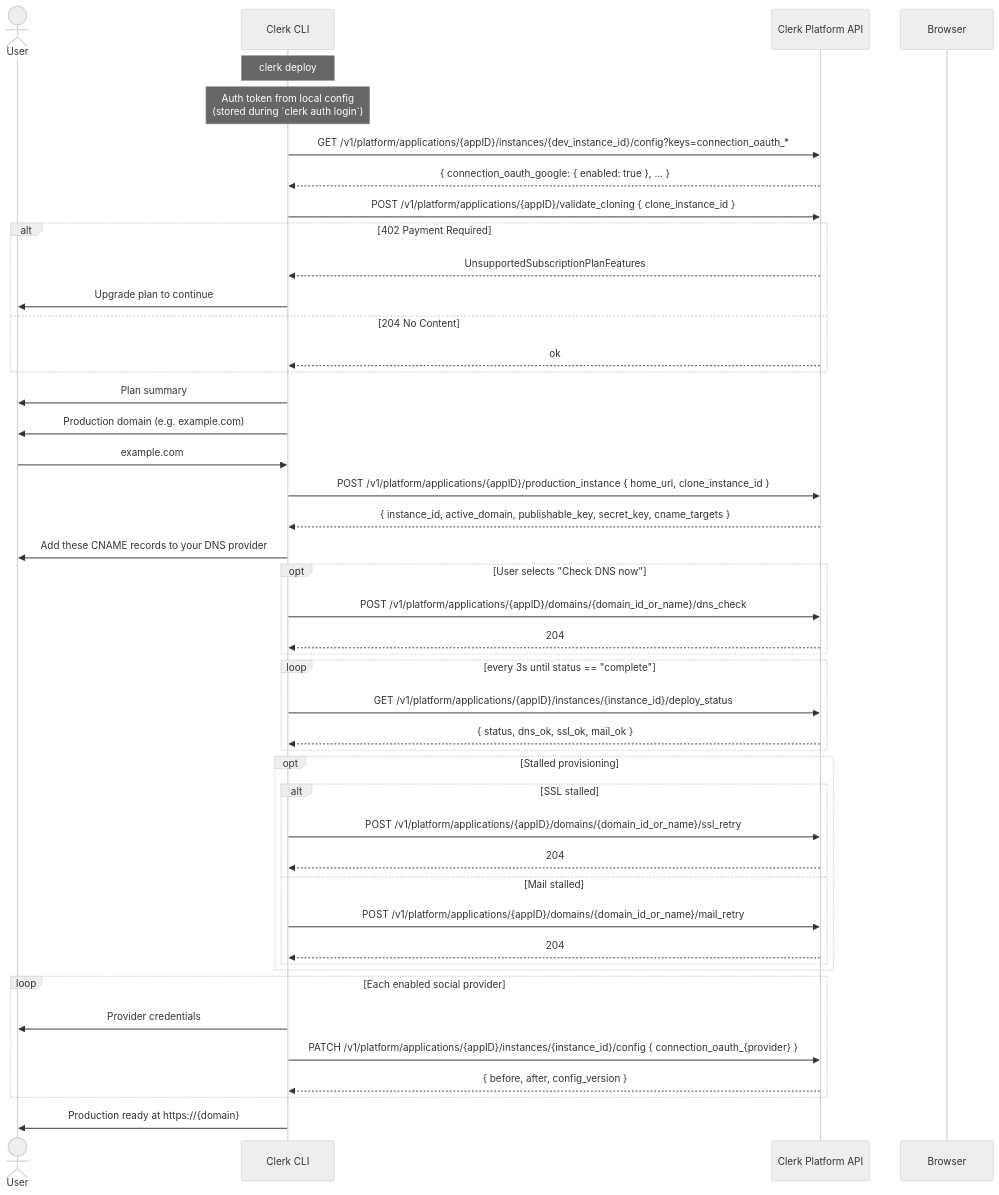
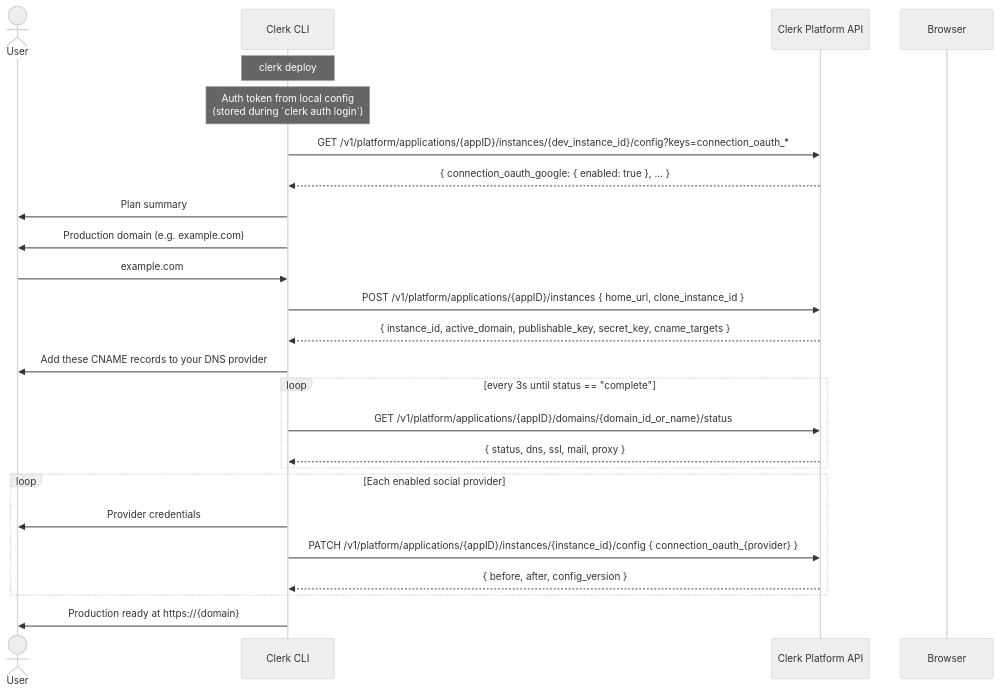
The diagram in packages/cli-core/src/commands/deploy/README.md (clerk/cli), drawn with Mermaid (neutral theme) before and after one commit. The commit also changed other lines of this file and 8 other files, not shown here.

First line of the commit message:
fix(deploy): use domain status for verification

````diff
--- a/packages/cli-core/src/commands/deploy/README.md
+++ b/packages/cli-core/src/commands/deploy/README.md
@@ -60,67 +56,42 @@
 ```mermaid
 sequenceDiagram
     actor User
     participant CLI as Clerk CLI
     participant API as Clerk Platform API
     participant Browser
 
     Note over CLI: clerk deploy
 
     %% Auth & app context
     Note over CLI: Auth token from local config<br/>(stored during `clerk auth login`)
 
     %% Discover enabled OAuth providers in dev
     CLI->>API: GET /v1/platform/applications/{appID}/instances/{dev_instance_id}/config?keys=connection_oauth_*
     API-->>CLI: { connection_oauth_google: { enabled: true }, ... }
 
-    %% Pre-flight subscription check
-    CLI->>API: POST /v1/platform/applications/{appID}/validate_cloning { clone_instance_id }
-    alt 402 Payment Required
-        API-->>CLI: UnsupportedSubscriptionPlanFeatures
-        CLI->>User: Upgrade plan to continue
-    else 204 No Content
-        API-->>CLI: ok
-    end
-
     %% Plan summary + domain
     CLI->>User: Plan summary
     CLI->>User: Production domain (e.g. example.com)
     User->>CLI: example.com
 
-    %% Create production instance + domain in one round-trip
-    CLI->>API: POST /v1/platform/applications/{appID}/production_instance { home_url, clone_instance_id }
+    %% Create production instance + domain in one round-trip, including clone validation
+    CLI->>API: POST /v1/platform/applications/{appID}/instances { home_url, clone_instance_id }
     API-->>CLI: { instance_id, active_domain, publishable_key, secret_key, cname_targets }
 
     CLI->>User: Add these CNAME records to your DNS provider
 
-    %% Trigger an active DNS check when the user opts to verify now
-    opt User selects "Check DNS now"
-        CLI->>API: POST /v1/platform/applications/{appID}/domains/{domain_id_or_name}/dns_check
-        API-->>CLI: 204
-    end
-
-    %% Poll deploy status
+    %% Poll domain status
     loop every 3s until status == "complete"
-        CLI->>API: GET /v1/platform/applications/{appID}/instances/{instance_id}/deploy_status
-        API-->>CLI: { status, dns_ok, ssl_ok, mail_ok }
-    end
-
-    opt Stalled provisioning
-        alt SSL stalled
-            CLI->>API: POST /v1/platform/applications/{appID}/domains/{domain_id_or_name}/ssl_retry
-            API-->>CLI: 204
-        else Mail stalled
-            CLI->>API: POST /v1/platform/applications/{appID}/domains/{domain_id_or_name}/mail_retry
-            API-->>CLI: 204
-        end
+        CLI->>API: GET /v1/platform/applications/{appID}/domains/{domain_id_or_name}/status
+        API-->>CLI: { status, dns, ssl, mail, proxy }
     end
 
     %% OAuth credential loop
     loop Each enabled social provider
         CLI->>User: Provider credentials
         CLI->>API: PATCH /v1/platform/applications/{appID}/instances/{instance_id}/config { connection_oauth_{provider} }
         API-->>CLI: { before, after, config_version }
     end
 
     CLI->>User: Production ready at https://{domain}
 ```
````
